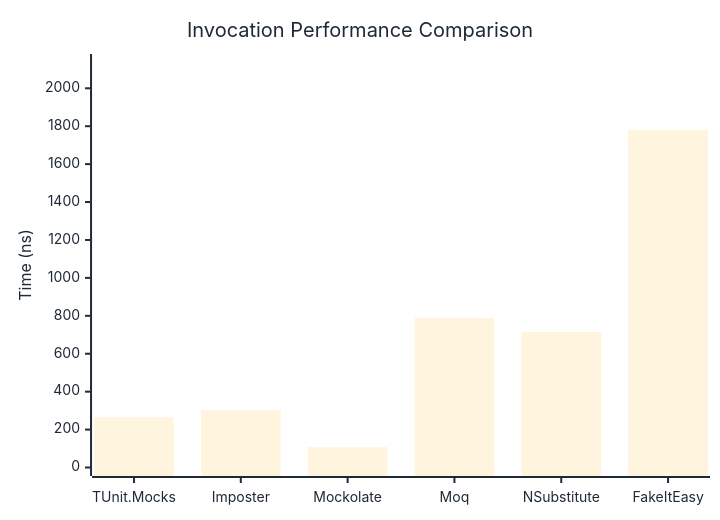
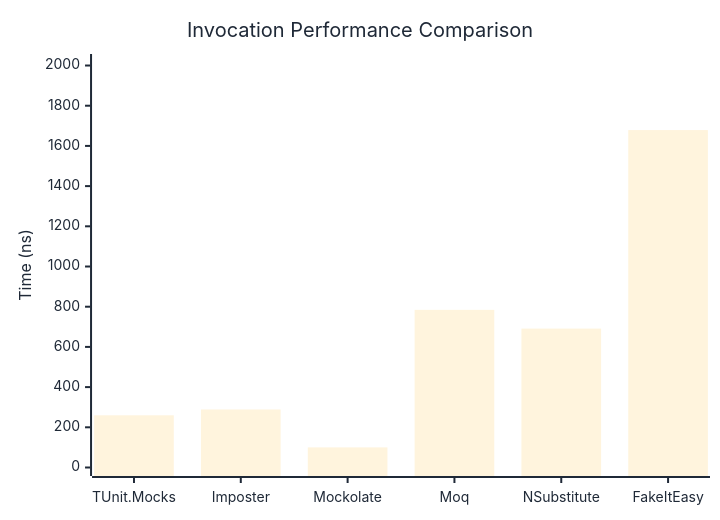
Before and after one commit to thomhurst/TUnit: the first of 3 diagrams in docs/docs/benchmarks/mocks/Invocation.md, drawn with Mermaid. The commit also changed other lines of this file and 14 other files, not shown here.

````diff
--- a/docs/docs/benchmarks/mocks/Invocation.md
+++ b/docs/docs/benchmarks/mocks/Invocation.md
@@ -28,27 +28,27 @@
 ```mermaid
 %%{init: {
   'theme':'base',
   'themeVariables': {
     'primaryColor': '#2563eb',
     'primaryTextColor': '#1f2937',
     'primaryBorderColor': '#1e40af',
     'lineColor': '#6b7280',
     'secondaryColor': '#7c3aed',
     'tertiaryColor': '#dc2626',
     'background': '#ffffff',
     'pie1': '#2563eb',
     'pie2': '#7c3aed',
     'pie3': '#dc2626',
     'pie4': '#f59e0b',
     'pie5': '#10b981',
     'pie6': '#06b6d4',
     'pie7': '#ec4899',
     'pie8': '#6366f1'
   }
 }}%%
 xychart-beta
   title "Invocation Performance Comparison"
   x-axis ["TUnit.Mocks", "Imposter", "Mockolate", "Moq", "NSubstitute", "FakeItEasy"]
-  y-axis "Time (ns)" 0 --> 2136
-  bar [264.6, 302.39, 106.91, 787.59, 714.86, 1779.38]
+  y-axis "Time (ns)" 0 --> 2015
+  bar [259.66, 288.73, 100.04, 784.36, 691.11, 1678.74]
 ```
````
